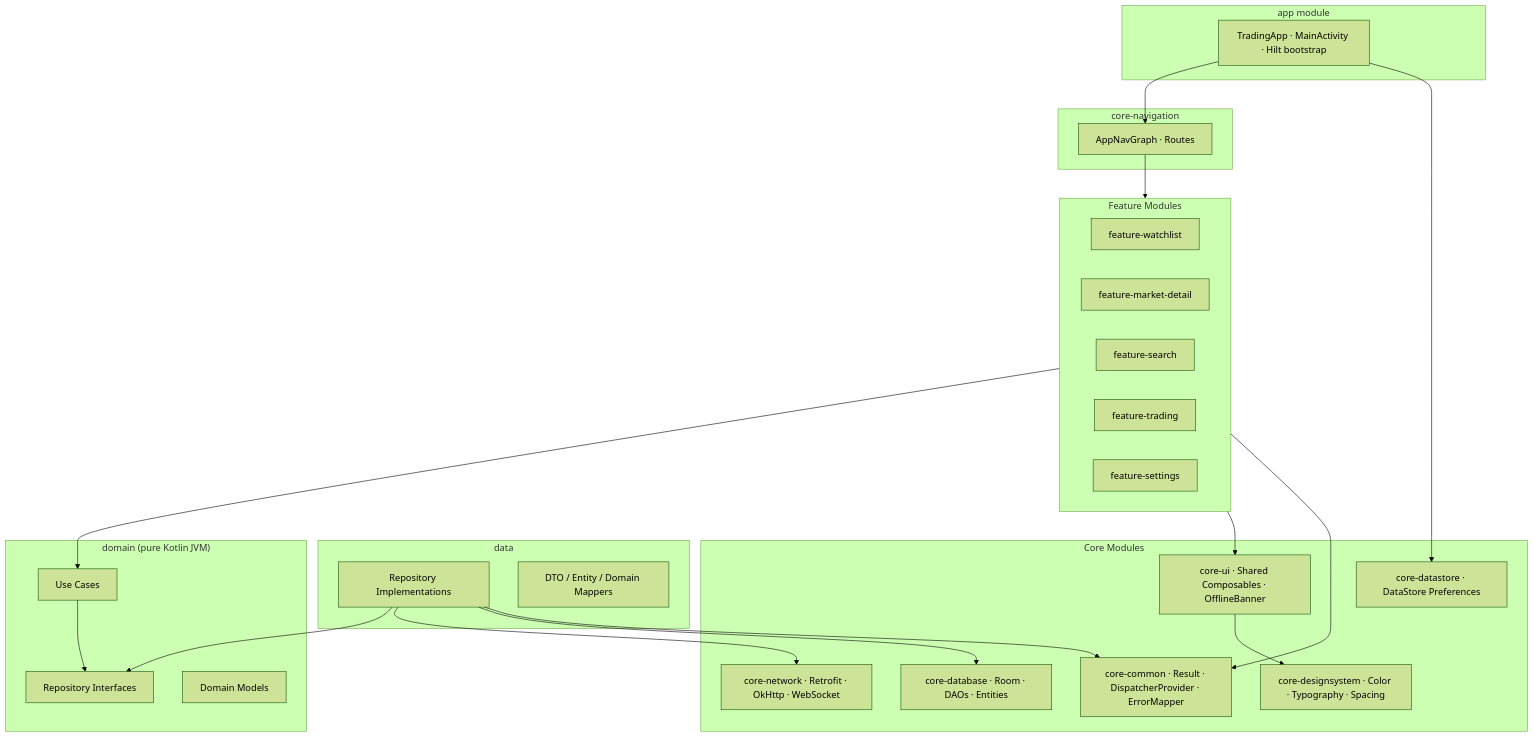
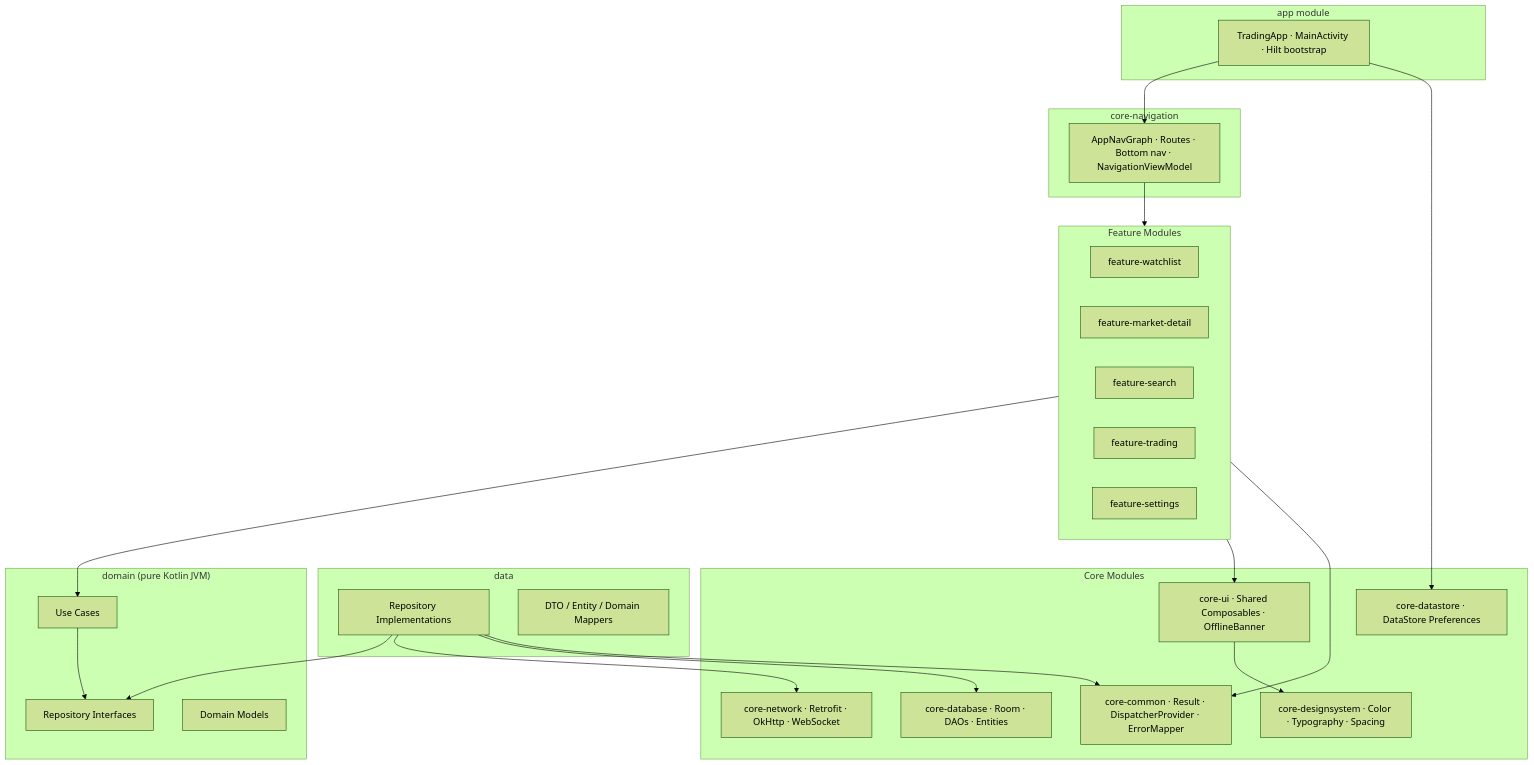
The first of 2 diagrams in README.md (kaunghtetsan1101/realtime-trading-android), drawn with Mermaid (forest theme) before and after one commit. The commit also changed other lines of this file and 57 other files, not shown here.

First line of the commit message:
feat: M11 advanced position management + bottom nav + build cleanup

````diff
--- a/README.md
+++ b/README.md
@@ -120,51 +122,51 @@
 ```mermaid
 graph TD
     subgraph app["app module"]
         APP["TradingApp · MainActivity · Hilt bootstrap"]
     end
 
     subgraph nav["core-navigation"]
-        NAV["AppNavGraph · Routes"]
+        NAV["AppNavGraph · Routes · Bottom nav · NavigationViewModel"]
     end
 
     subgraph features["Feature Modules"]
         FW["feature-watchlist"]
         FMD["feature-market-detail"]
         FS["feature-search"]
         FT["feature-trading"]
         FST["feature-settings"]
     end
 
     subgraph domain["domain (pure Kotlin JVM)"]
         UC["Use Cases"]
         REPO_I["Repository Interfaces"]
         MODELS["Domain Models"]
     end
 
     subgraph data_layer["data"]
         REPO_IMPL["Repository Implementations"]
         MAPPERS["DTO / Entity / Domain Mappers"]
     end
 
     subgraph core["Core Modules"]
         CN["core-network · Retrofit · OkHttp · WebSocket"]
         CDB["core-database · Room · DAOs · Entities"]
         CC["core-common · Result · DispatcherProvider · ErrorMapper"]
         CDS["core-datastore · DataStore Preferences"]
         CUI["core-ui · Shared Composables · OfflineBanner"]
         CDSGN["core-designsystem · Color · Typography · Spacing"]
     end
 
     APP --> NAV
     APP --> CDS
     NAV --> features
     features --> UC
     UC --> REPO_I
     REPO_IMPL --> REPO_I
     REPO_IMPL --> CN
     REPO_IMPL --> CDB
     REPO_IMPL --> CC
     features --> CUI
     CUI --> CDSGN
     features --> CC
 ```
````
